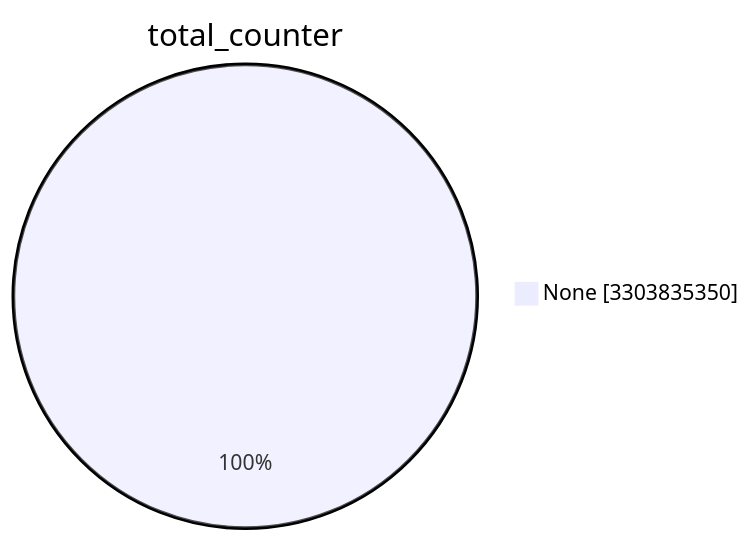
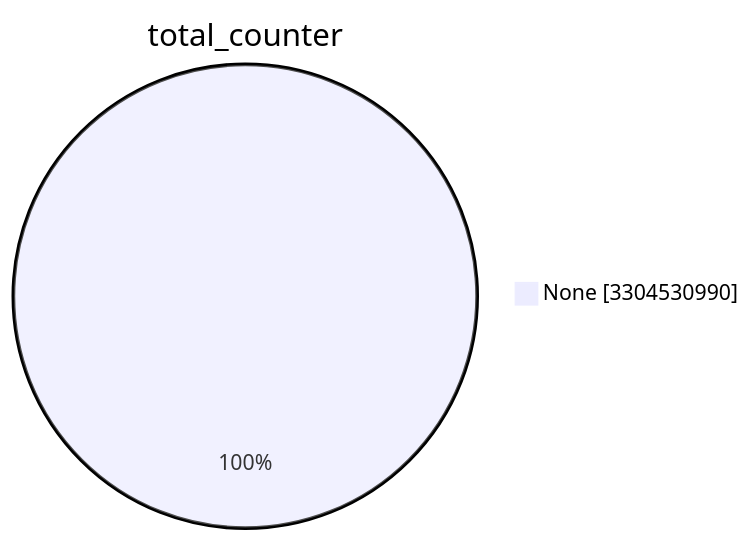
The first of 15 diagrams in TOTAL/README.md (christiankrug/ctmonitor_visualization), drawn with Mermaid before and after one commit. The commit also changed other lines of this file, not shown here.

````diff
--- a/TOTAL/README.md
+++ b/TOTAL/README.md
@@ -1,5 +1,5 @@
 ```mermaid
 pie showData
 title total_counter
-"None" :3303835350
+"None" :3304530990
 ```
````
